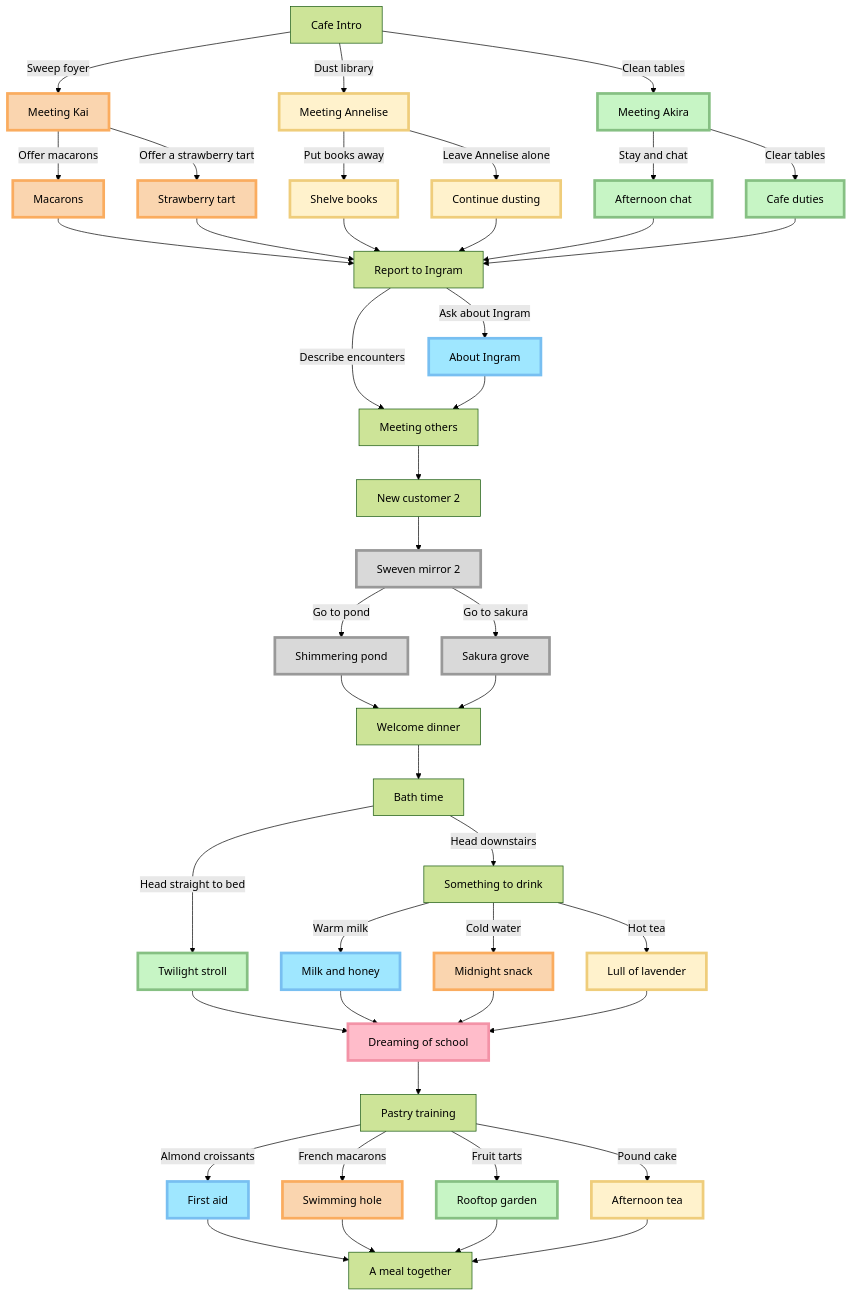
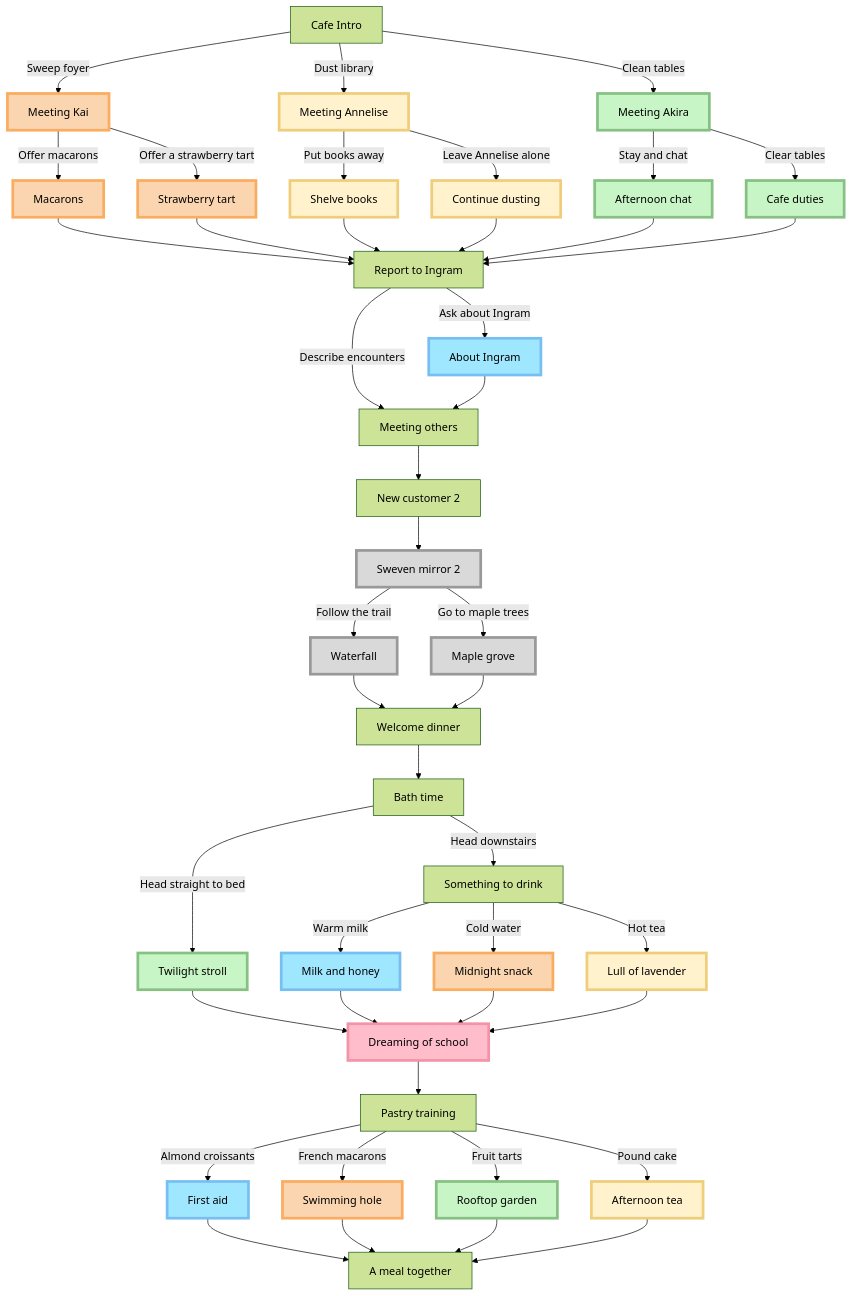
One commit to milkysan92/nobaros-cafe changed the diagram in script/Nobaros Cafe/Chapter 2/Chapter 2 Master.md. Above: the diagram before and after it, drawn with Mermaid (forest theme). The commit also changed 4 other files, not shown here.

Commit message:
Write 'Sweven mirror 2' & 'Maple grove' (unedited)

```diff
--- a/script/Nobaros Cafe/Chapter 2/Chapter 2 Master.md
+++ b/script/Nobaros Cafe/Chapter 2/Chapter 2 Master.md
@@ -18,8 +18,8 @@
 meeting-others[Meeting others]
 customer2[New customer 2]
 mirror2[Sweven mirror 2]
-pond[Shimmering pond]
-sakura[Sakura grove]
+waterfall[Waterfall]
+maple[Maple grove]
 celebrate-dinner[Welcome dinner]
 bathtime[Bath time]
 choose-drink[Something to drink]
@@ -55,9 +55,9 @@
 meet-akira--Clear tables-->clean-akira-->report-ingram
 report-ingram--Describe encounters-->meeting-others
 report-ingram--Ask about Ingram-->ingram-job-->meeting-others
-meeting-others-->customer2-->mirror2--Go to pond-->pond
-mirror2--Go to sakura--> sakura
-sakura & pond-->celebrate-dinner
+meeting-others-->customer2-->mirror2--Follow the trail-->waterfall
+mirror2--Go to maple trees-->maple
+maple & waterfall-->celebrate-dinner
 celebrate-dinner-->bathtime
 bathtime--Head straight to bed-->night-akira
 bathtime--Head downstairs-->choose-drink
@@ -79,8 +79,8 @@
 class CH2,report-ingram,meeting-others,customer2,mirror2,pond,sakura,celebrate-dinner,bathtime,choose-drink,school-dreams,masterchef,group-dinner internal-link
 
 %% Spiritguiding
-class mirror2,pond,sakura spirit-route
-class mirror2,pond,sakura internal-link
+class mirror2,waterfall,maple spirit-route
+class mirror2,waterfall,maple internal-link
 
 %% Ingram route
 class ingram-job,night-ingram,sweets-ingram ingram-route
```
